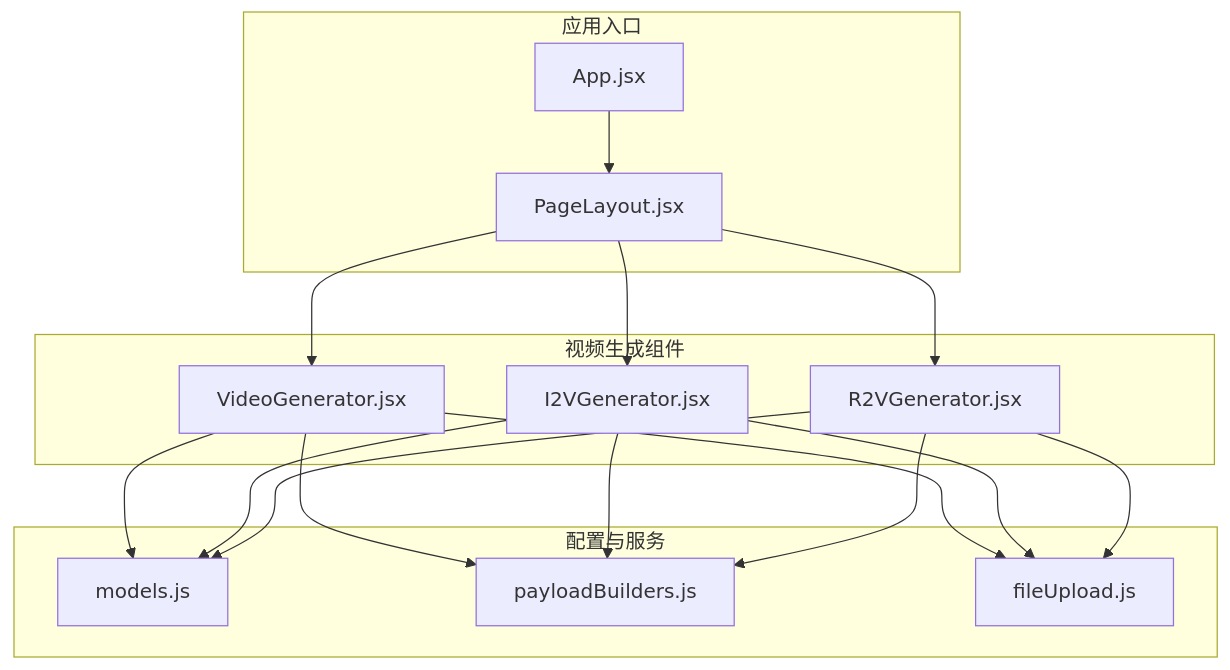
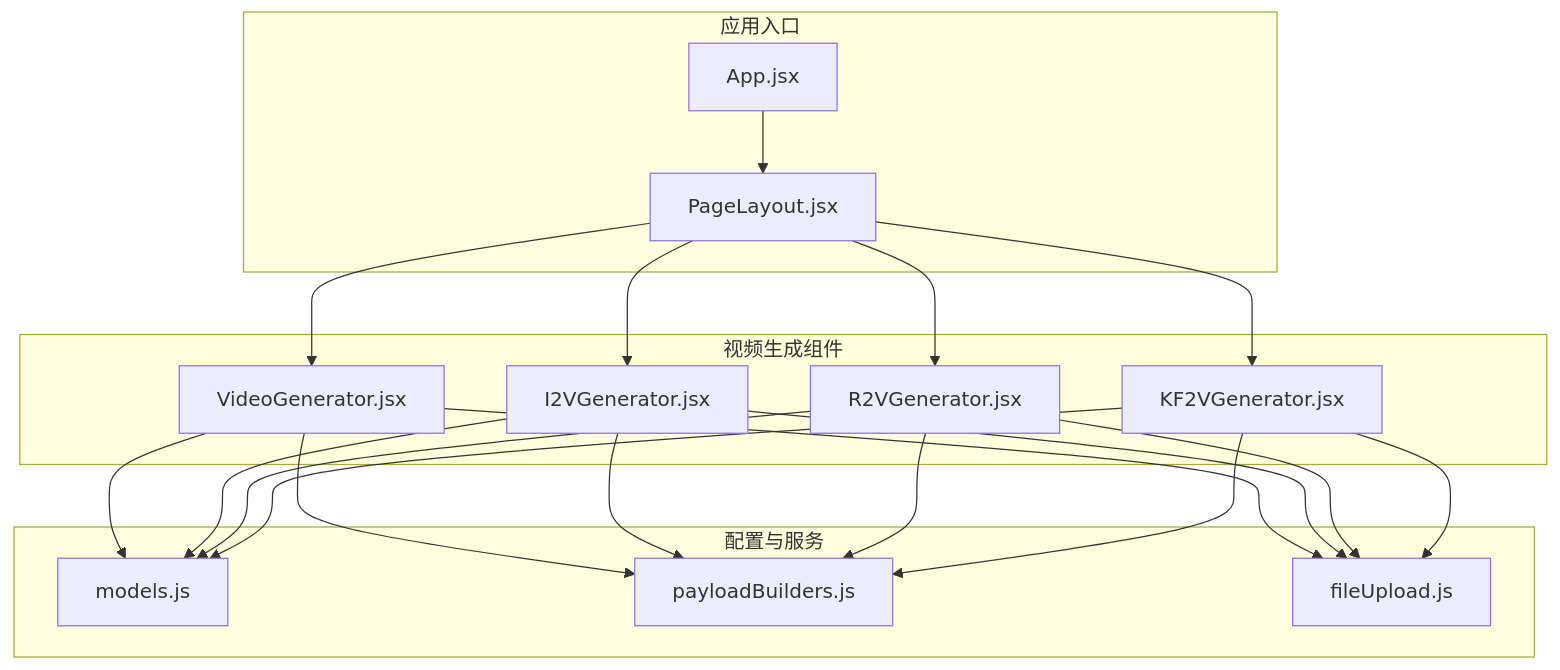
The first of 7 diagrams in .qoder/repowiki/zh/content/核心组件/生成器组件/视频生成组件.md (alex0001yyy/wan-app), drawn with Mermaid before and after one commit. The commit also changed other lines of this file and 35 other files, not shown here.

````diff
--- a/.qoder/repowiki/zh/content/核心组件/生成器组件/视频生成组件.md
+++ b/.qoder/repowiki/zh/content/核心组件/生成器组件/视频生成组件.md
@@ -39,30 +40,35 @@
 ```mermaid
 graph TB
 subgraph "应用入口"
 APP["App.jsx"]
 PAGE["PageLayout.jsx"]
 end
 subgraph "视频生成组件"
 T2V["VideoGenerator.jsx"]
 I2V["I2VGenerator.jsx"]
 R2V["R2VGenerator.jsx"]
+KF2V["KF2VGenerator.jsx"]
 end
 subgraph "配置与服务"
 MODELS["models.js"]
 PAYLOAD["payloadBuilders.js"]
 FILEUTIL["fileUpload.js"]
 end
 APP --> PAGE
 PAGE --> T2V
 PAGE --> I2V
 PAGE --> R2V
+PAGE --> KF2V
 T2V --> MODELS
 I2V --> MODELS
 R2V --> MODELS
+KF2V --> MODELS
 T2V --> FILEUTIL
 I2V --> FILEUTIL
 R2V --> FILEUTIL
+KF2V --> FILEUTIL
 T2V --> PAYLOAD
 I2V --> PAYLOAD
 R2V --> PAYLOAD
+KF2V --> PAYLOAD
 ```
````
